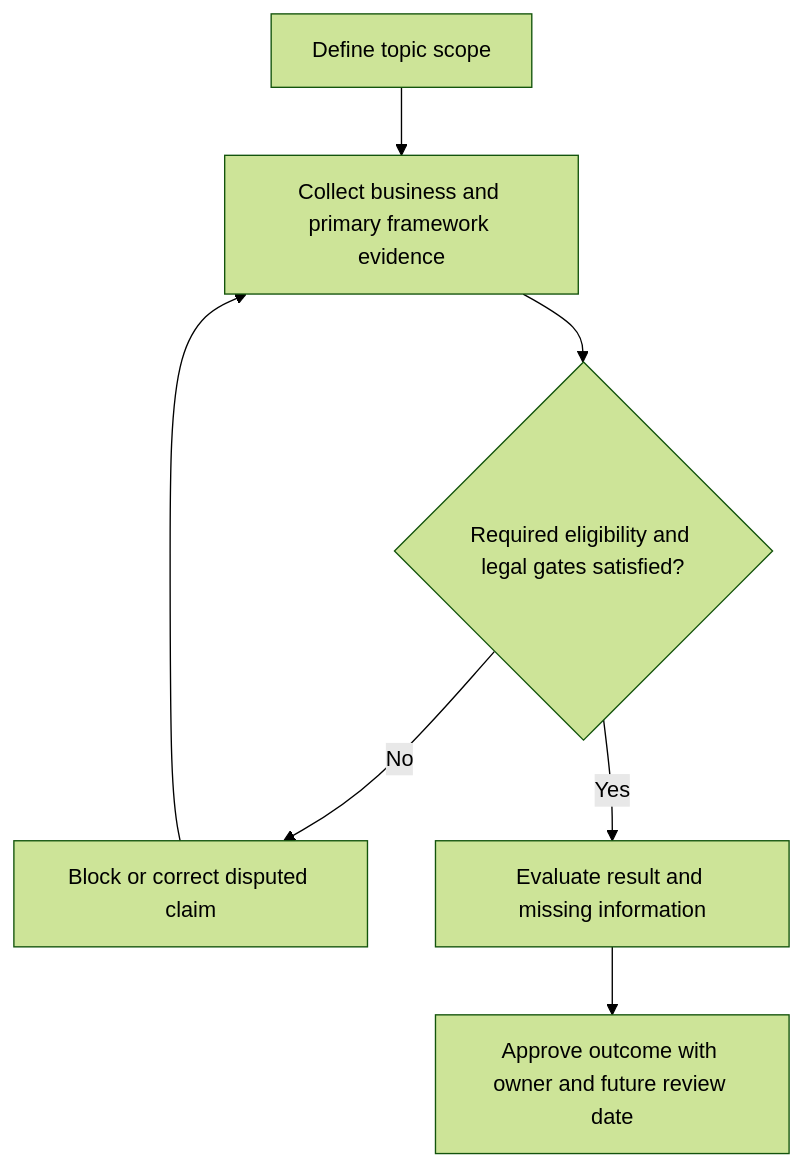
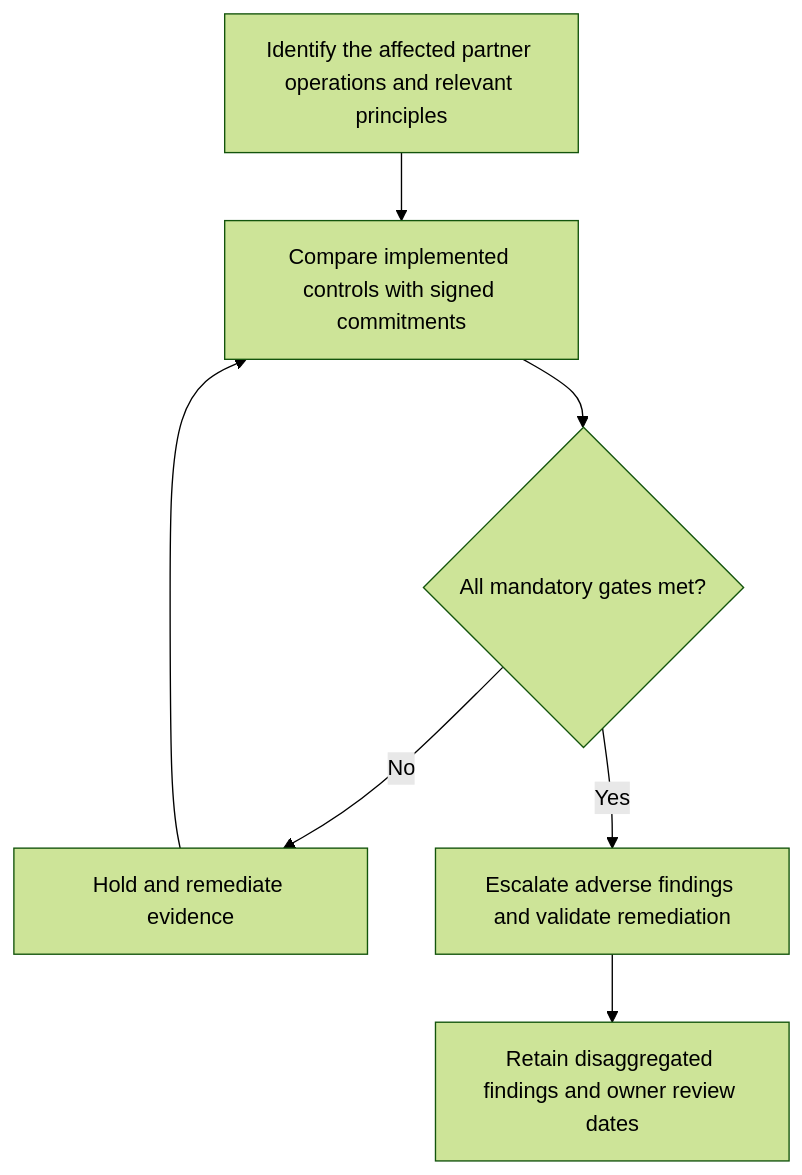
The diagram in 08-optimization-sustainability-technology/section-b-sustainability/07-un-global-compact-ten-principles.md (theleanx/SupplyChain-Design-Notes), drawn with Mermaid (forest theme) before and after one commit. The commit also changed other lines of this file and 11 other files, not shown here.

````diff
--- a/08-optimization-sustainability-technology/section-b-sustainability/07-un-global-compact-ten-principles.md
+++ b/08-optimization-sustainability-technology/section-b-sustainability/07-un-global-compact-ten-principles.md
@@ -42,9 +42,9 @@
 ```mermaid
 flowchart TD
-    A[Define topic scope] --> B[Collect business and primary framework evidence]
-    B --> C{Required eligibility and legal gates satisfied?}
-    C -- No --> D[Block or correct disputed claim]
+    A[Identify the affected partner operations and relevant principles] --> B[Compare implemented controls with signed commitments]
+    B --> C{All mandatory gates met?}
+    C -- No --> D[Hold and remediate evidence]
     D --> B
-    C -- Yes --> E[Evaluate result and missing information]
-    E --> F[Approve outcome with owner and future review date]
+    C -- Yes --> E[Escalate adverse findings and validate remediation]
+    E --> F[Retain disaggregated findings and owner review dates]
 ```
````
